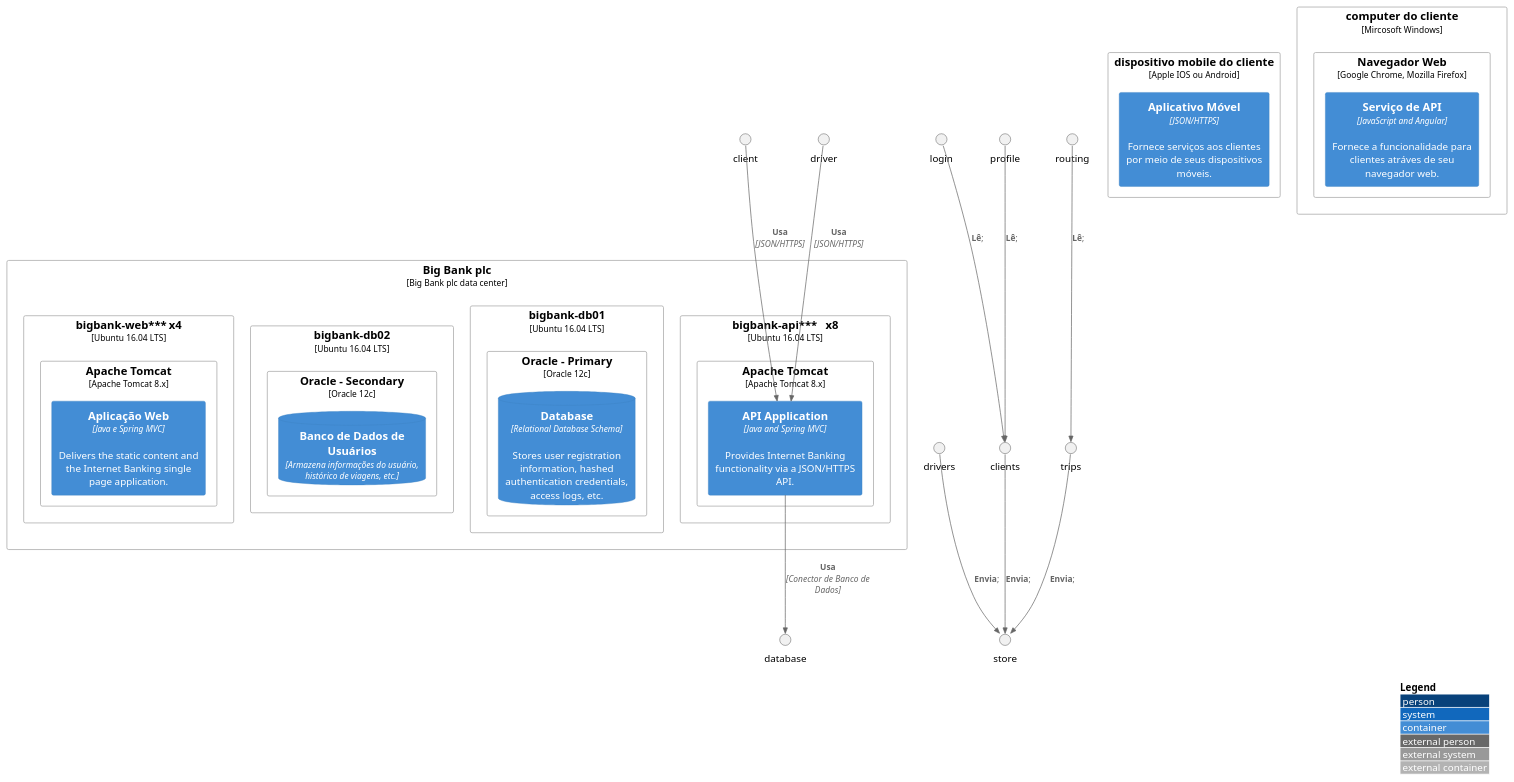
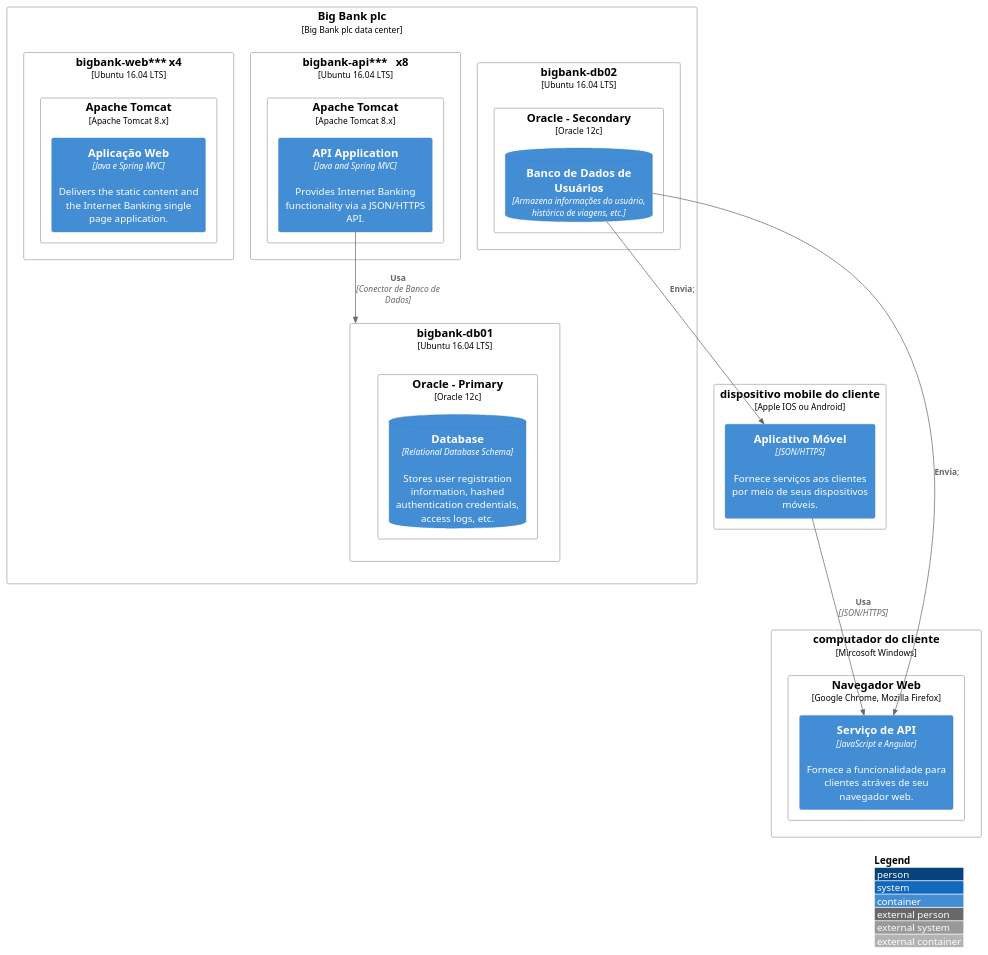
The diagram in projeto-c4builder/Projeto-SPS/src/2 Deployment/deployment.puml (Emanuelle-Machado/DisciplinasTSI), drawn with PlantUML before and after one commit.

```diff
--- a/projeto-c4builder/Projeto-SPS/src/2 Deployment/deployment.puml
+++ b/projeto-c4builder/Projeto-SPS/src/2 Deployment/deployment.puml
@@ -1,54 +1,49 @@
 @startuml
 !include https://raw.githubusercontent.com/adrianvlupu/C4-PlantUML/latest/C4_Deployment.puml
 
 LAYOUT_WITH_LEGEND()
 
 Deployment_Node(plc, "Big Bank plc", "Big Bank plc data center"){
     Deployment_Node(dn, "bigbank-api***\tx8", "Ubuntu 16.04 LTS"){
         Deployment_Node(apache, "Apache Tomcat", "Apache Tomcat 8.x"){
             Container(api, "API Application", "Java and Spring MVC", "Provides Internet Banking functionality via a JSON/HTTPS API.")
         }
     }
     Deployment_Node(bigbankdb01, "bigbank-db01", "Ubuntu 16.04 LTS"){
         Deployment_Node(oracle, "Oracle - Primary", "Oracle 12c"){
             ContainerDb(db, "Database", "Relational Database Schema", "Stores user registration information, hashed authentication credentials, access logs, etc.")
         }
     }
     Deployment_Node(bigbankdb02, "bigbank-db02", "Ubuntu 16.04 LTS"){
         Deployment_Node(oracle2, "Oracle - Secondary", "Oracle 12c"){
             ContainerDb(bancoDadosUsuario, "Banco de Dados de Usuários", "Armazena informações do usuário, histórico de viagens, etc.")
         }
     }
     Deployment_Node(bb2, "bigbank-web***\tx4", "Ubuntu 16.04 LTS"){
         Deployment_Node(apache2, "Apache Tomcat", "Apache Tomcat 8.x"){
             Container(web, "Aplicação Web", "Java e Spring MVC", "Delivers the static content and the Internet Banking single page application.")
         }
     }
 }
 
 Deployment_Node(mob, "dispositivo mobile do cliente", "Apple IOS ou Android"){
     Container(appMobile, "Aplicativo Móvel", "JSON/HTTPS", "Fornece serviços aos clientes por meio de seus dispositivos móveis.")
 }
 
-Deployment_Node(comp, "computer do cliente", "Mircosoft Windows"){
+Deployment_Node(comp, "computador do cliente", "Mircosoft Windows"){
     Deployment_Node(browser, "Navegador Web", "Google Chrome, Mozilla Firefox"){
-        Container(servicoAPI, "Serviço de API", "JavaScript and Angular", "Fornece a funcionalidade para clientes atráves de seu navegador web.")
+        Container(servicoAPI, "Serviço de API", "JavaScript e Angular", "Fornece a funcionalidade para clientes atráves de seu navegador web.")
     }
 }
 
 
 
-Rel(client, api, "Usa", "JSON/HTTPS")
-Rel(driver, api, "Usa", "JSON/HTTPS")
 
-Rel(api, database, "Usa", "Conector de Banco de Dados")
+Rel(appMobile, servicoAPI, "Usa", "JSON/HTTPS")
 
-Rel(trips, store, "Envia");
-Rel(drivers, store, "Envia");
-Rel(clients, store, "Envia");
+Rel(api, bigbankdb01, "Usa", "Conector de Banco de Dados")
 
-Rel(routing, trips, "Lê");
-Rel(login, clients, "Lê");
-Rel(profile, clients, "Lê");
+Rel(bancoDadosUsuario, servicoAPI, "Envia");
+Rel(bancoDadosUsuario, appMobile, "Envia");
 
 @enduml
```
